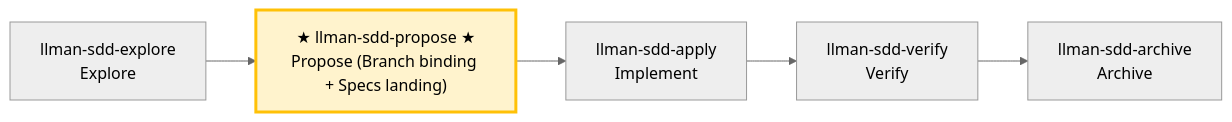
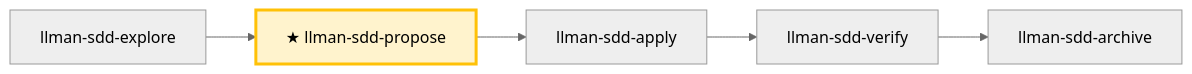
The second of 2 diagrams in .agents/skills/llman-sdd-propose/SKILL.md (StrayDragon/dapz), drawn with Mermaid (neutral theme) before and after one commit. The commit also changed other lines of this file and 12 other files, not shown here.

First line of the commit message:
chore(skills): refresh llman-sdd skills to 0.5.0 official templates (init --update)

````diff
--- a/.agents/skills/llman-sdd-propose/SKILL.md
+++ b/.agents/skills/llman-sdd-propose/SKILL.md
@@ -58,10 +74,9 @@
 ```mermaid
 flowchart LR
-    explore["llman-sdd-explore<br/>Explore"] --> propose
-    propose["★ llman-sdd-propose ★<br/>Propose (Branch binding + Specs landing)"]
-    propose --> apply["llman-sdd-apply<br/>Implement"]
-    apply --> verify["llman-sdd-verify<br/>Verify"]
-    verify --> archive["llman-sdd-archive<br/>Archive"]
+    explore["llman-sdd-explore"] --> propose["★ llman-sdd-propose"]
+    propose --> apply["llman-sdd-apply"]
+    apply --> verify["llman-sdd-verify"]
+    verify --> archive["llman-sdd-archive"]
 
     style propose fill:#fff3cd,stroke:#ffc107,stroke-width:3px
 ```
````
